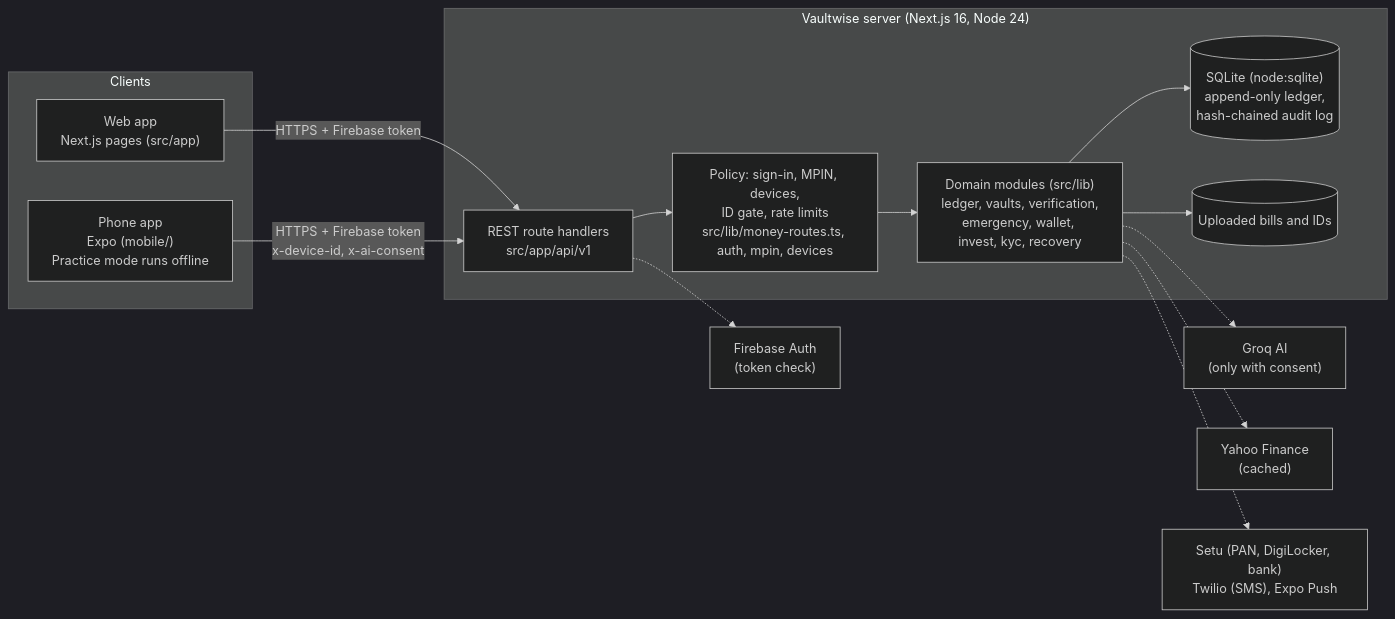
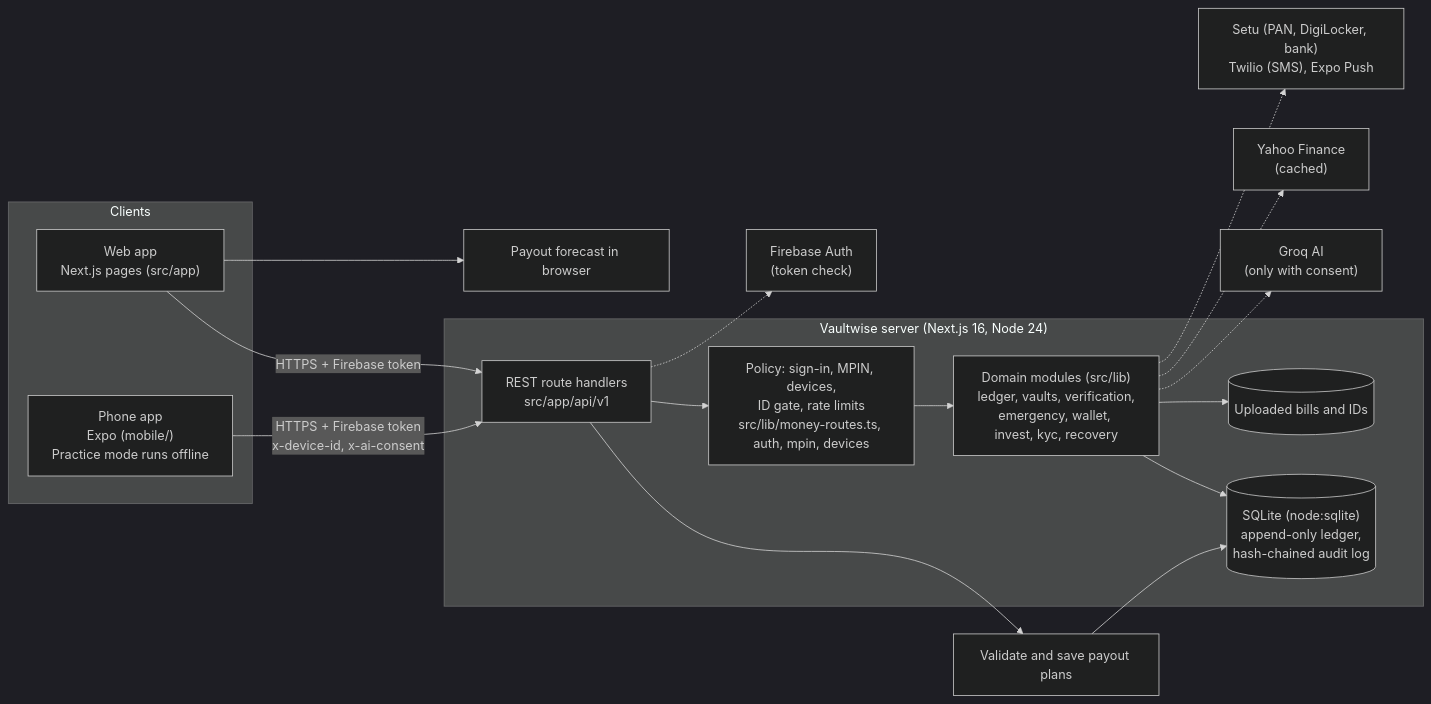
Before and after one commit to katabathunilohith/VaultWise: the diagram in README.md, drawn with Mermaid (dark theme). The commit also changed other lines of this file and 41 other files, not shown here.

````diff
--- a/README.md
+++ b/README.md
@@ -38,22 +45,24 @@
 ```mermaid
 flowchart LR
   subgraph Clients
     W["Web app<br/>Next.js pages (src/app)"]
     P["Phone app<br/>Expo (mobile/)<br/>Practice mode runs offline"]
   end
   subgraph Server["Vaultwise server (Next.js 16, Node 24)"]
     API["REST route handlers<br/>src/app/api/v1"]
     POL["Policy: sign-in, MPIN, devices,<br/>ID gate, rate limits<br/>src/lib/money-routes.ts, auth, mpin, devices"]
     DOM["Domain modules (src/lib)<br/>ledger, vaults, verification,<br/>emergency, wallet, invest, kyc, recovery"]
     DB[("SQLite (node:sqlite)<br/>append-only ledger,<br/>hash-chained audit log")]
     FILES[("Uploaded bills and IDs")]
   end
   W -->|HTTPS + Firebase token| API
+  W --> Forecast["Payout forecast in browser"]
+  API --> Plans["Validate and save payout plans"] --> DB
   P -->|HTTPS + Firebase token<br/>x-device-id, x-ai-consent| API
   API --> POL --> DOM --> DB
   DOM --> FILES
   DOM -.-> Groq["Groq AI<br/>(only with consent)"]
   DOM -.-> Yahoo["Yahoo Finance<br/>(cached)"]
   DOM -.-> Ext["Setu (PAN, DigiLocker, bank)<br/>Twilio (SMS), Expo Push"]
   API -.-> FB["Firebase Auth<br/>(token check)"]
 ```
````
